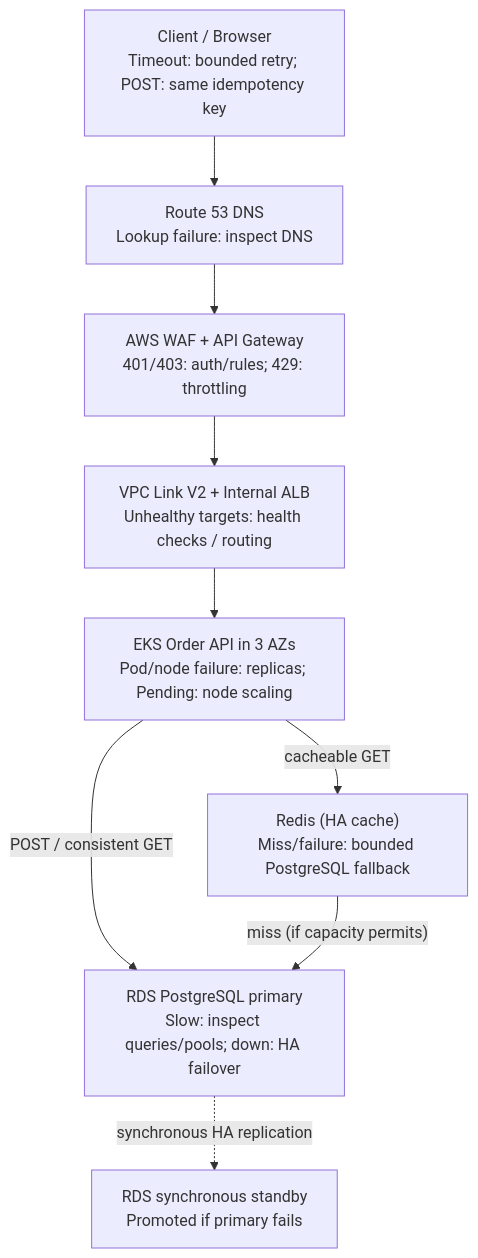
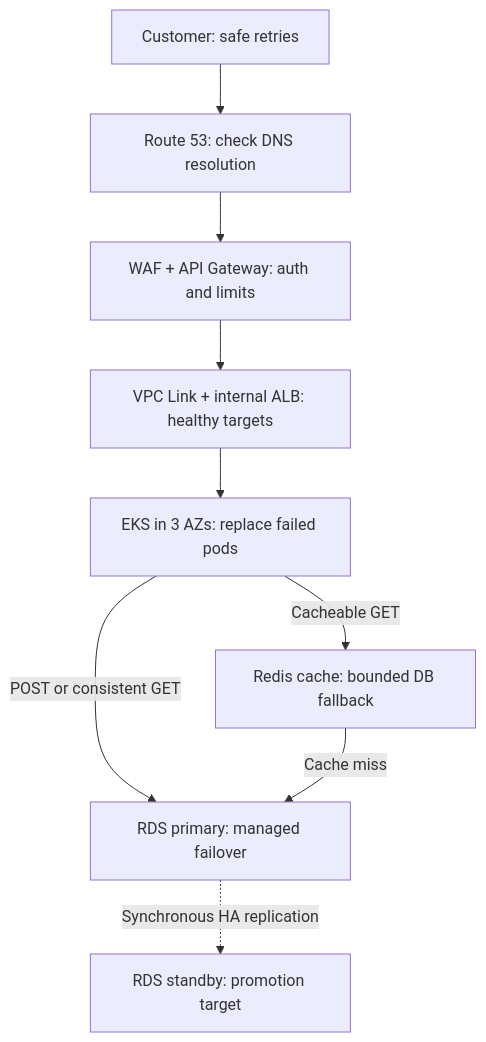
One commit to Johnybritto/system_design changed the first of 3 diagrams in system_design_notes/02_apple_ase_sre_order_api_R23_D03_D04_D05_quick_revision.md. Above: the diagram before and after it, drawn with Mermaid. The commit also changed other lines of this file, not shown here.

Commit message:
Fix clipped GitHub flowcharts and restore Apple SRE D03-D05 follow-up Q&A

````diff
--- a/system_design_notes/02_apple_ase_sre_order_api_R23_D03_D04_D05_quick_revision.md
+++ b/system_design_notes/02_apple_ase_sre_order_api_R23_D03_D04_D05_quick_revision.md
@@ -15,16 +17,16 @@
-~~~mermaid
+```mermaid
 flowchart TD
-    A["Client / Browser<br/>Timeout: bounded retry; POST: same idempotency key"]
-    B["Route 53 DNS<br/>Lookup failure: inspect DNS"]
-    C["AWS WAF + API Gateway<br/>401/403: auth/rules; 429: throttling"]
-    D["VPC Link V2 + Internal ALB<br/>Unhealthy targets: health checks / routing"]
-    E["EKS Order API in 3 AZs<br/>Pod/node failure: replicas; Pending: node scaling"]
-    R["Redis (HA cache)<br/>Miss/failure: bounded PostgreSQL fallback"]
-    P["RDS PostgreSQL primary<br/>Slow: inspect queries/pools; down: HA failover"]
-    S["RDS synchronous standby<br/>Promoted if primary fails"]
-    A --> B --> C --> D --> E
-    E -->|"cacheable GET"| R
-    E -->|"POST / consistent GET"| P
-    R -->|"miss (if capacity permits)"| P
-    P -.->|"synchronous HA replication"| S
-~~~
+    U["Customer: safe retries"]
+    DNS["Route 53: check DNS resolution"]
+    GW["WAF + API Gateway: auth and limits"]
+    LB["VPC Link + internal ALB: healthy targets"]
+    API["EKS in 3 AZs: replace failed pods"]
+    REDIS["Redis cache: bounded DB fallback"]
+    DB["RDS primary: managed failover"]
+    STBY["RDS standby: promotion target"]
+    U --> DNS --> GW --> LB --> API
+    API -->|"Cacheable GET"| REDIS
+    API -->|"POST or consistent GET"| DB
+    REDIS -->|"Cache miss"| DB
+    DB -.->|"Synchronous HA replication"| STBY
+```
````
